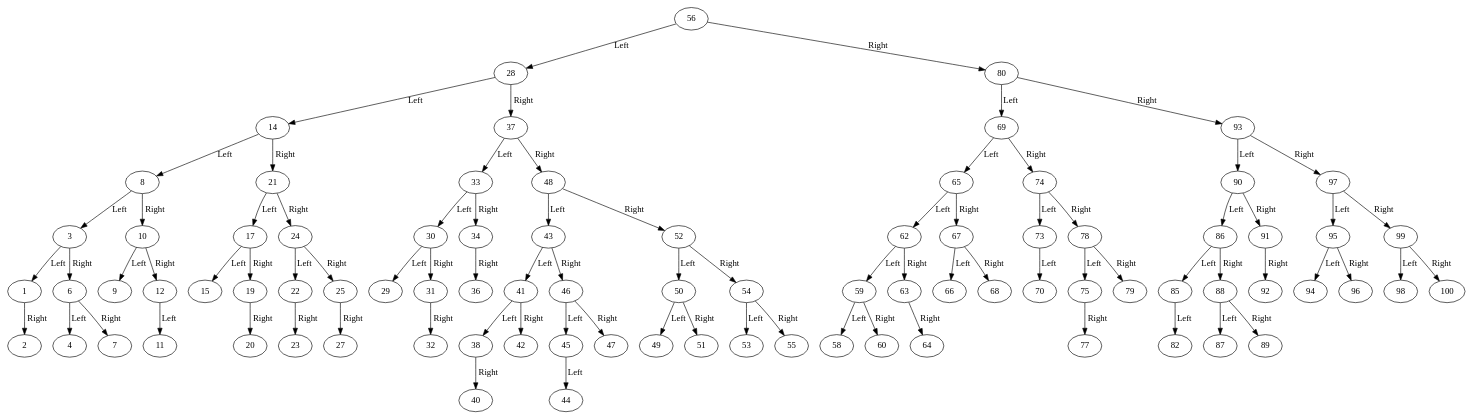
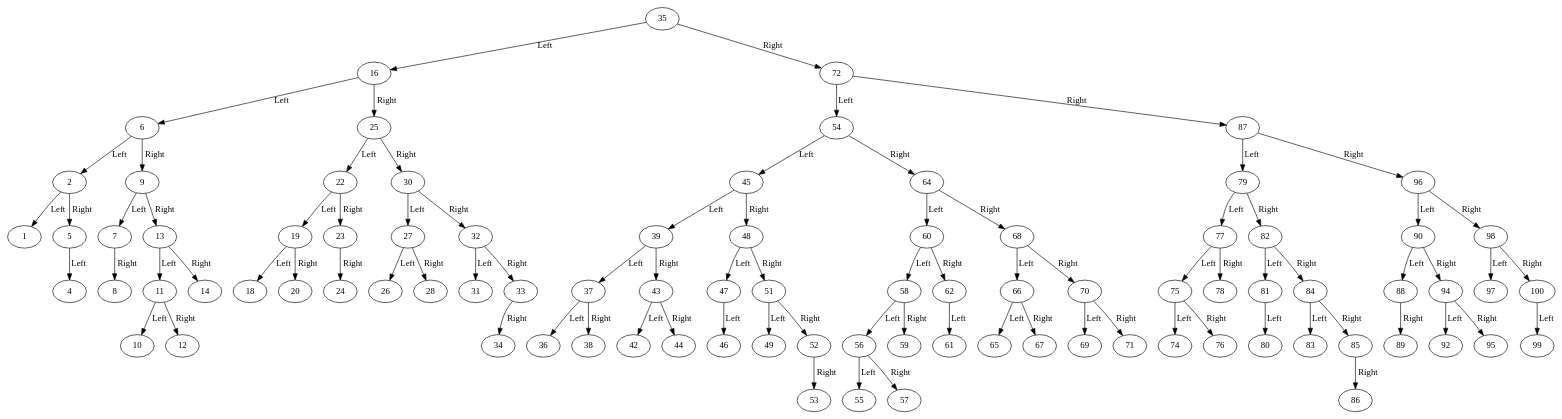
One commit to stephgrotewold/Parcial2ED changed the diagram in AVL-TREE.gv. Above: the diagram before and after it, drawn with Graphviz. The commit also changed 4 other files, not shown here.

```diff
--- a/AVL-TREE.gv
+++ b/AVL-TREE.gv
@@ -1,172 +1,178 @@
 // AVL Tree
 digraph {
-	56 [label=56]
-	56 -> 28 [label=Left]
-	28 [label=28]
-	28 -> 14 [label=Left]
+	35 [label=35]
+	35 -> 16 [label=Left]
+	16 [label=16]
+	16 -> 6 [label=Left]
+	6 [label=6]
+	6 -> 2 [label=Left]
+	2 [label=2]
+	2 -> 1 [label=Left]
+	1 [label=1]
+	2 -> 5 [label=Right]
+	5 [label=5]
+	5 -> 4 [label=Left]
+	4 [label=4]
+	6 -> 9 [label=Right]
+	9 [label=9]
+	9 -> 7 [label=Left]
+	7 [label=7]
+	7 -> 8 [label=Right]
+	8 [label=8]
+	9 -> 13 [label=Right]
+	13 [label=13]
+	13 -> 11 [label=Left]
+	11 [label=11]
+	11 -> 10 [label=Left]
+	10 [label=10]
+	11 -> 12 [label=Right]
+	12 [label=12]
+	13 -> 14 [label=Right]
 	14 [label=14]
-	14 -> 8 [label=Left]
-	8 [label=8]
-	8 -> 3 [label=Left]
-	3 [label=3]
-	3 -> 1 [label=Left]
-	1 [label=1]
-	1 -> 2 [label=Right]
-	2 [label=2]
-	3 -> 6 [label=Right]
-	6 [label=6]
-	6 -> 4 [label=Left]
-	4 [label=4]
-	6 -> 7 [label=Right]
-	7 [label=7]
-	8 -> 10 [label=Right]
-	10 [label=10]
-	10 -> 9 [label=Left]
-	9 [label=9]
-	10 -> 12 [label=Right]
-	12 [label=12]
-	12 -> 11 [label=Left]
-	11 [label=11]
-	14 -> 21 [label=Right]
-	21 [label=21]
-	21 -> 17 [label=Left]
-	17 [label=17]
-	17 -> 15 [label=Left]
-	15 [label=15]
-	17 -> 19 [label=Right]
+	16 -> 25 [label=Right]
+	25 [label=25]
+	25 -> 22 [label=Left]
+	22 [label=22]
+	22 -> 19 [label=Left]
 	19 [label=19]
+	19 -> 18 [label=Left]
+	18 [label=18]
 	19 -> 20 [label=Right]
 	20 [label=20]
-	21 -> 24 [label=Right]
-	24 [label=24]
-	24 -> 22 [label=Left]
-	22 [label=22]
 	22 -> 23 [label=Right]
 	23 [label=23]
-	24 -> 25 [label=Right]
-	25 [label=25]
-	25 -> 27 [label=Right]
+	23 -> 24 [label=Right]
+	24 [label=24]
+	25 -> 30 [label=Right]
+	30 [label=30]
+	30 -> 27 [label=Left]
 	27 [label=27]
-	28 -> 37 [label=Right]
-	37 [label=37]
-	37 -> 33 [label=Left]
+	27 -> 26 [label=Left]
+	26 [label=26]
+	27 -> 28 [label=Right]
+	28 [label=28]
+	30 -> 32 [label=Right]
+	32 [label=32]
+	32 -> 31 [label=Left]
+	31 [label=31]
+	32 -> 33 [label=Right]
 	33 [label=33]
-	33 -> 30 [label=Left]
-	30 [label=30]
-	30 -> 29 [label=Left]
-	29 [label=29]
-	30 -> 31 [label=Right]
-	31 [label=31]
-	31 -> 32 [label=Right]
-	32 [label=32]
 	33 -> 34 [label=Right]
 	34 [label=34]
-	34 -> 36 [label=Right]
+	35 -> 72 [label=Right]
+	72 [label=72]
+	72 -> 54 [label=Left]
+	54 [label=54]
+	54 -> 45 [label=Left]
+	45 [label=45]
+	45 -> 39 [label=Left]
+	39 [label=39]
+	39 -> 37 [label=Left]
+	37 [label=37]
+	37 -> 36 [label=Left]
 	36 [label=36]
-	37 -> 48 [label=Right]
+	37 -> 38 [label=Right]
+	38 [label=38]
+	39 -> 43 [label=Right]
+	43 [label=43]
+	43 -> 42 [label=Left]
+	42 [label=42]
+	43 -> 44 [label=Right]
+	44 [label=44]
+	45 -> 48 [label=Right]
 	48 [label=48]
-	48 -> 43 [label=Left]
-	43 [label=43]
-	43 -> 41 [label=Left]
-	41 [label=41]
-	41 -> 38 [label=Left]
-	38 [label=38]
-	38 -> 40 [label=Right]
-	40 [label=40]
-	41 -> 42 [label=Right]
-	42 [label=42]
-	43 -> 46 [label=Right]
+	48 -> 47 [label=Left]
+	47 [label=47]
+	47 -> 46 [label=Left]
 	46 [label=46]
-	46 -> 45 [label=Left]
-	45 [label=45]
-	45 -> 44 [label=Left]
-	44 [label=44]
-	46 -> 47 [label=Right]
-	47 [label=47]
-	48 -> 52 [label=Right]
+	48 -> 51 [label=Right]
+	51 [label=51]
+	51 -> 49 [label=Left]
+	49 [label=49]
+	51 -> 52 [label=Right]
 	52 [label=52]
-	52 -> 50 [label=Left]
-	50 [label=50]
-	50 -> 49 [label=Left]
-	49 [label=49]
-	50 -> 51 [label=Right]
-	51 [label=51]
-	52 -> 54 [label=Right]
-	54 [label=54]
-	54 -> 53 [label=Left]
+	52 -> 53 [label=Right]
 	53 [label=53]
-	54 -> 55 [label=Right]
+	54 -> 64 [label=Right]
+	64 [label=64]
+	64 -> 60 [label=Left]
+	60 [label=60]
+	60 -> 58 [label=Left]
+	58 [label=58]
+	58 -> 56 [label=Left]
+	56 [label=56]
+	56 -> 55 [label=Left]
 	55 [label=55]
-	56 -> 80 [label=Right]
+	56 -> 57 [label=Right]
+	57 [label=57]
+	58 -> 59 [label=Right]
+	59 [label=59]
+	60 -> 62 [label=Right]
+	62 [label=62]
+	62 -> 61 [label=Left]
+	61 [label=61]
+	64 -> 68 [label=Right]
+	68 [label=68]
+	68 -> 66 [label=Left]
+	66 [label=66]
+	66 -> 65 [label=Left]
+	65 [label=65]
+	66 -> 67 [label=Right]
+	67 [label=67]
+	68 -> 70 [label=Right]
+	70 [label=70]
+	70 -> 69 [label=Left]
+	69 [label=69]
+	70 -> 71 [label=Right]
+	71 [label=71]
+	72 -> 87 [label=Right]
+	87 [label=87]
+	87 -> 79 [label=Left]
+	79 [label=79]
+	79 -> 77 [label=Left]
+	77 [label=77]
+	77 -> 75 [label=Left]
+	75 [label=75]
+	75 -> 74 [label=Left]
+	74 [label=74]
+	75 -> 76 [label=Right]
+	76 [label=76]
+	77 -> 78 [label=Right]
+	78 [label=78]
+	79 -> 82 [label=Right]
+	82 [label=82]
+	82 -> 81 [label=Left]
+	81 [label=81]
+	81 -> 80 [label=Left]
 	80 [label=80]
-	80 -> 69 [label=Left]
-	69 [label=69]
-	69 -> 65 [label=Left]
-	65 [label=65]
-	65 -> 62 [label=Left]
-	62 [label=62]
-	62 -> 59 [label=Left]
-	59 [label=59]
-	59 -> 58 [label=Left]
-	58 [label=58]
-	59 -> 60 [label=Right]
-	60 [label=60]
-	62 -> 63 [label=Right]
-	63 [label=63]
-	63 -> 64 [label=Right]
-	64 [label=64]
-	65 -> 67 [label=Right]
-	67 [label=67]
-	67 -> 66 [label=Left]
-	66 [label=66]
-	67 -> 68 [label=Right]
-	68 [label=68]
-	69 -> 74 [label=Right]
-	74 [label=74]
-	74 -> 73 [label=Left]
-	73 [label=73]
-	73 -> 70 [label=Left]
-	70 [label=70]
-	74 -> 78 [label=Right]
-	78 [label=78]
-	78 -> 75 [label=Left]
-	75 [label=75]
-	75 -> 77 [label=Right]
-	77 [label=77]
-	78 -> 79 [label=Right]
-	79 [label=79]
-	80 -> 93 [label=Right]
-	93 [label=93]
-	93 -> 90 [label=Left]
+	82 -> 84 [label=Right]
+	84 [label=84]
+	84 -> 83 [label=Left]
+	83 [label=83]
+	84 -> 85 [label=Right]
+	85 [label=85]
+	85 -> 86 [label=Right]
+	86 [label=86]
+	87 -> 96 [label=Right]
+	96 [label=96]
+	96 -> 90 [label=Left]
 	90 [label=90]
-	90 -> 86 [label=Left]
-	86 [label=86]
-	86 -> 85 [label=Left]
-	85 [label=85]
-	85 -> 82 [label=Left]
-	82 [label=82]
-	86 -> 88 [label=Right]
+	90 -> 88 [label=Left]
 	88 [label=88]
-	88 -> 87 [label=Left]
-	87 [label=87]
 	88 -> 89 [label=Right]
 	89 [label=89]
-	90 -> 91 [label=Right]
-	91 [label=91]
-	91 -> 92 [label=Right]
+	90 -> 94 [label=Right]
+	94 [label=94]
+	94 -> 92 [label=Left]
 	92 [label=92]
-	93 -> 97 [label=Right]
+	94 -> 95 [label=Right]
+	95 [label=95]
+	96 -> 98 [label=Right]
+	98 [label=98]
+	98 -> 97 [label=Left]
 	97 [label=97]
-	97 -> 95 [label=Left]
-	95 [label=95]
-	95 -> 94 [label=Left]
-	94 [label=94]
-	95 -> 96 [label=Right]
-	96 [label=96]
-	97 -> 99 [label=Right]
+	98 -> 100 [label=Right]
+	100 [label=100]
+	100 -> 99 [label=Left]
 	99 [label=99]
-	99 -> 98 [label=Left]
-	98 [label=98]
-	99 -> 100 [label=Right]
-	100 [label=100]
 }
```
